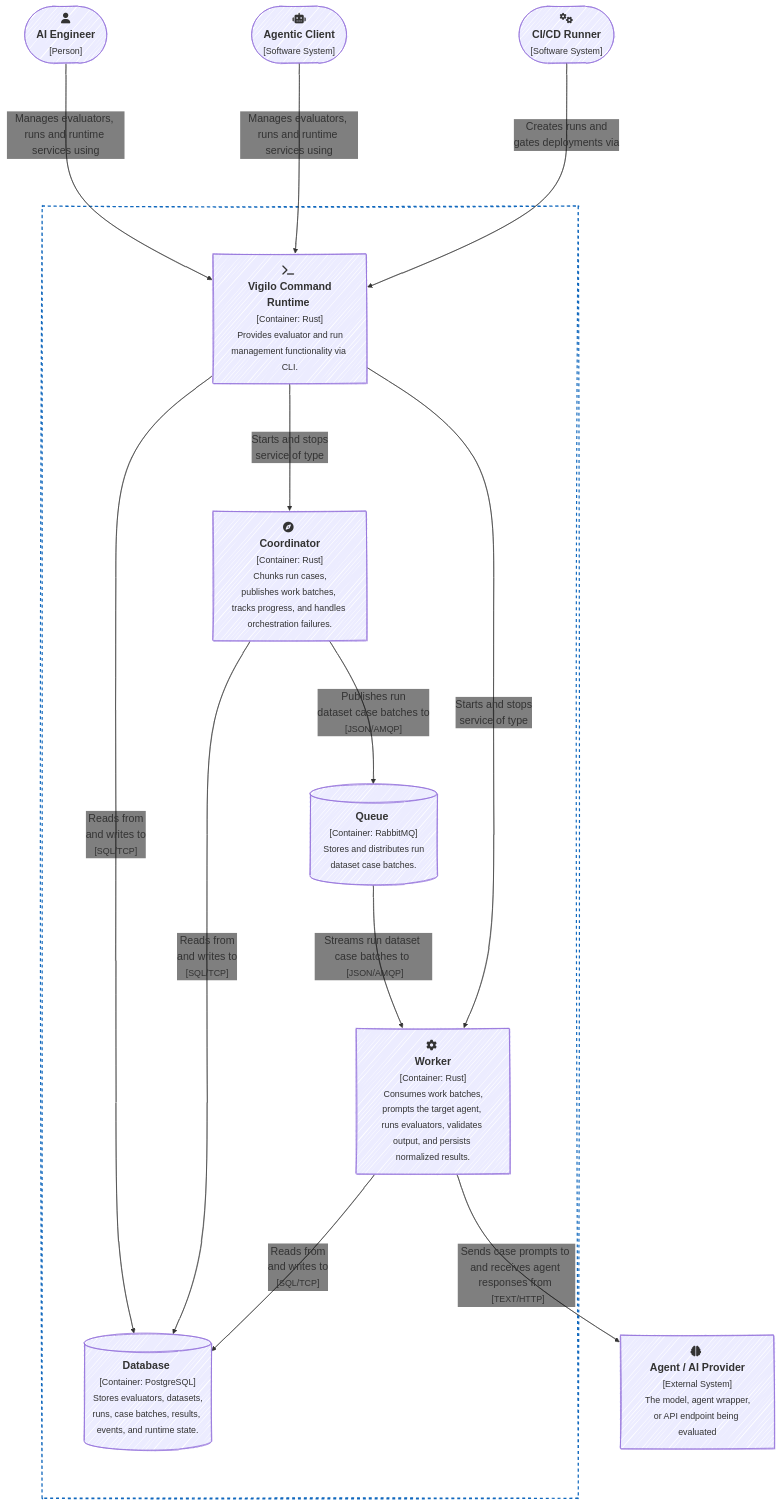
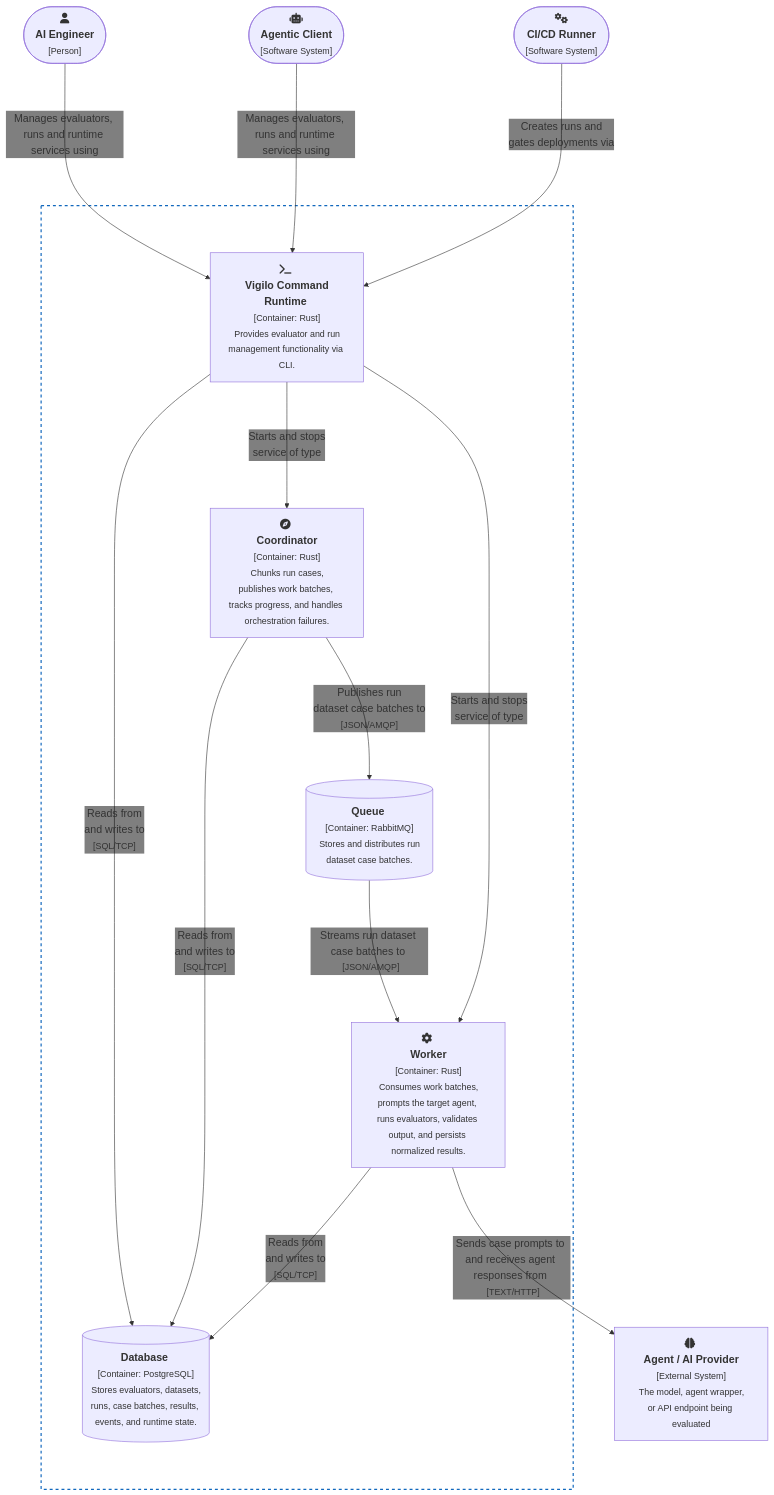
Before and after one commit to gregl83/agent-vigilo: the diagram in web/docs/architecture/structure/containers/agent-vigilo/diagram.mmd, drawn with Mermaid. The commit also changed 2 other files, not shown here.

Commit message:
update mermaid diagram look to classic

```diff
--- a/web/docs/architecture/structure/containers/agent-vigilo/diagram.mmd
+++ b/web/docs/architecture/structure/containers/agent-vigilo/diagram.mmd
@@ -1,53 +1,52 @@
 ---
 config:
-  look: handDrawn
   flowchart:
     nodeSpacing: 120
     rankSpacing: 160
   themeVariables:
     fontSize: 18px
     padding: 50
     edgeLabelBackground: 'transparent'
 ---
 flowchart TD
     %% actors
     User(["fa:fa-user <br/> <b>AI Engineer</b> <br/> <small>[Person]</small>"]):::person
     AgentClient(["fa:fa-robot <br/> <b>Agentic Client</b> <br/> <small>[Software System]</small>"]):::actor
     CICD(["fa:fa-gears <br/> <b>CI/CD Runner</b> <br/> <small>[Software System]</small>"]):::actor
 
 
     %% components
     Vigilo["fa:fa-terminal <br/> <b>Vigilo Command Runtime</b> <br/> <small>[Container: Rust]</small> <br/> <small>Provides evaluator and run management functionality via CLI.</small>"]:::component
     Coordinator["fa:fa-compass <br/> <b>Coordinator</b> <br/> <small>[Container: Rust]</small> <br/> <small>Chunks run cases, publishes work batches, tracks progress, and handles orchestration failures.</small>"]:::component
     Worker["fa:fa-gear <br/> <b>Worker</b> <br/> <small>[Container: Rust]</small> <br/> <small>Consumes work batches, prompts the target agent, runs evaluators, validates output, and persists normalized results.</small>"]:::component
     Database[("<b>Database</b> <br/> <small>[Container: PostgreSQL]</small> <br/> <small>Stores evaluators, datasets, runs, case batches, results, events, and runtime state.</small>")]:::component
     Queue[("<b>Queue</b> <br/> <small>[Container: RabbitMQ]</small> <br/> <small>Stores and distributes run dataset case batches.</small>")]:::component
 
     %% system boundary
     subgraph VigiloSystem["&nbsp;"]
         Vigilo
         Coordinator
         Worker
         Database
         Queue
     end
     style VigiloSystem stroke-dasharray: 5 5,fill:none,stroke:#1168bd,stroke-width:2px
 
     %% external target
     TargetAgent["fa:fa-brain <br/> <b>Agent / AI Provider</b> <br/> <small>[External System]</small> <br/> <small>The model, agent wrapper, or API endpoint being evaluated</small>"]:::external
 
     %% edges
     User & AgentClient -->|"Manages evaluators, runs and runtime services using"| Vigilo
     CICD -->|Creates runs and <br/> gates deployments via| Vigilo
     Vigilo -->|"Reads from <br/> and writes to <br> <small>[SQL/TCP]</small>"| Database
     Vigilo -->|"Starts and stops <br/> service of type"| Coordinator
     Vigilo -->|"Starts and stops <br/> service of type"| Worker
     Coordinator -->|"Reads from <br/> and writes to <br> <small>[SQL/TCP]</small>"| Database
     Coordinator -->|"Publishes run <br/> dataset case batches to <br> <small>[JSON/AMQP]</small>"| Queue
     Queue -->|"Streams run dataset case batches to <br> <small>[JSON/AMQP]</small>"| Worker
     Worker -->|"Reads from <br/> and writes to <br> <small>[SQL/TCP]</small>"| Database
     Worker -->|"Sends case prompts to and receives agent responses from <br> <small>[TEXT/HTTP]</small>"| TargetAgent
 
     %% links
-    click Coordinator "/docs/architecture/structure/components/coordinator/" "Coordinator Components"
-    click Worker "/docs/architecture/structure/components/worker/" "Worker Components"
+    click Coordinator "/docs/architecture/structure/components/coordinator/"
+    click Worker "/docs/architecture/structure/components/worker/"
```
